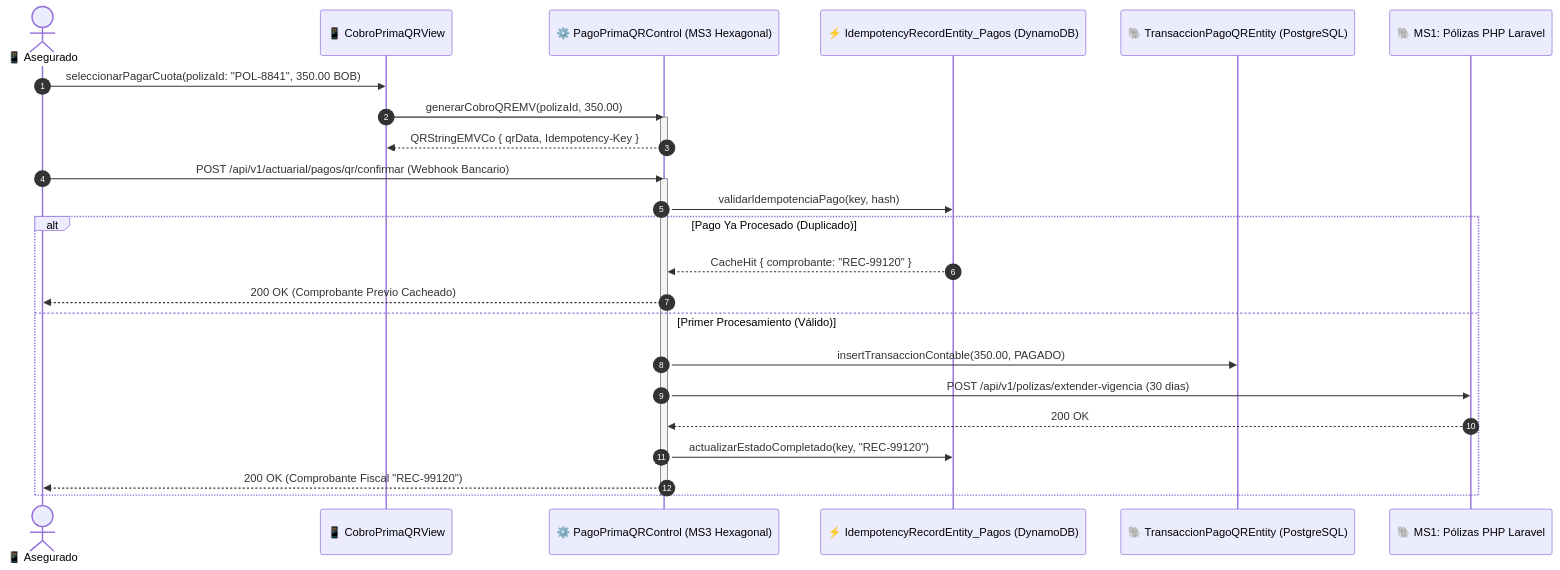
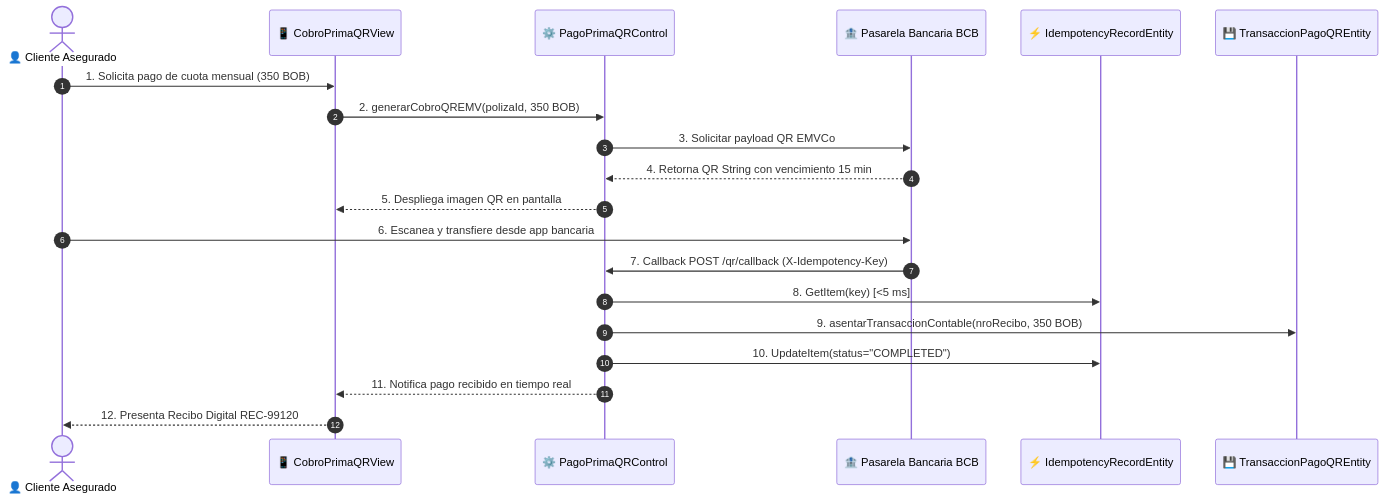
Before and after one commit to DiegoxdGarcia2/2doParcialSW2: diagram 12 of 16 in docs/FASE_3_DOCUMENTACION_ICONIX_PERFIL_B.md, drawn with Mermaid. The commit also changed other lines of this file and 11 other files, not shown here.

Commit message:
docs(iconix): documentacion integral del sistema completo AegisCore AI (CU01-CU15) y base de datos nativa Enterprise Architect 17.2 (.qea) con conectores y mensajes corregidos

````diff
--- a/docs/FASE_3_DOCUMENTACION_ICONIX_PERFIL_B.md
+++ b/docs/FASE_3_DOCUMENTACION_ICONIX_PERFIL_B.md
@@ -779,31 +1144,23 @@
 ```mermaid
 sequenceDiagram
     autonumber
-    actor CLI as 📱 Asegurado
-    participant VIEW as 📱 CobroPrimaQRView
-    participant CTRL as ⚙️ PagoPrimaQRControl (MS3 Hexagonal)
-    participant DYN as ⚡ IdempotencyRecordEntity_Pagos (DynamoDB)
-    participant DB as 🐘 TransaccionPagoQREntity (PostgreSQL)
-    participant MS1 as 🐘 MS1: Pólizas PHP Laravel
+    actor Cliente as 👤 Cliente Asegurado
+    participant QrView as 📱 CobroPrimaQRView
+    participant Control as ⚙️ PagoPrimaQRControl
+    participant Pasarela as 🏦 Pasarela Bancaria BCB
+    participant DynamoDB as ⚡ IdempotencyRecordEntity
+    participant Postgres as 💾 TransaccionPagoQREntity
 
-    CLI->>VIEW: seleccionarPagarCuota(polizaId: "POL-8841", 350.00 BOB)
-    VIEW->>CTRL: generarCobroQREMV(polizaId, 350.00)
-    activate CTRL
-    CTRL-->>VIEW: QRStringEMVCo { qrData, Idempotency-Key }
-    deactivate CTRL
-
-    CLI->>CTRL: POST /api/v1/actuarial/pagos/qr/confirmar (Webhook Bancario)
-    activate CTRL
-    CTRL->>DYN: validarIdempotenciaPago(key, hash)
-    alt Pago Ya Procesado (Duplicado)
-        DYN-->>CTRL: CacheHit { comprobante: "REC-99120" }
-        CTRL-->>CLI: 200 OK (Comprobante Previo Cacheado)
-    else Primer Procesamiento (Válido)
-        CTRL->>DB: insertTransaccionContable(350.00, PAGADO)
-        CTRL->>MS1: POST /api/v1/polizas/extender-vigencia (30 dias)
-        MS1-->>CTRL: 200 OK
-        CTRL->>DYN: actualizarEstadoCompletado(key, "REC-99120")
-        CTRL-->>CLI: 200 OK (Comprobante Fiscal "REC-99120")
-    end
-    deactivate CTRL
+    Cliente->>QrView: 1. Solicita pago de cuota mensual (350 BOB)
+    QrView->>Control: 2. generarCobroQREMV(polizaId, 350 BOB)
+    Control->>Pasarela: 3. Solicitar payload QR EMVCo
+    Pasarela-->>Control: 4. Retorna QR String con vencimiento 15 min
+    Control-->>QrView: 5. Despliega imagen QR en pantalla
+    Cliente->>Pasarela: 6. Escanea y transfiere desde app bancaria
+    Pasarela->>Control: 7. Callback POST /qr/callback (X-Idempotency-Key)
+    Control->>DynamoDB: 8. GetItem(key) [<5 ms]
+    Control->>Postgres: 9. asentarTransaccionContable(nroRecibo, 350 BOB)
+    Control->>DynamoDB: 10. UpdateItem(status="COMPLETED")
+    Control-->>QrView: 11. Notifica pago recibido en tiempo real
+    QrView-->>Cliente: 12. Presenta Recibo Digital REC-99120
 ```
````
